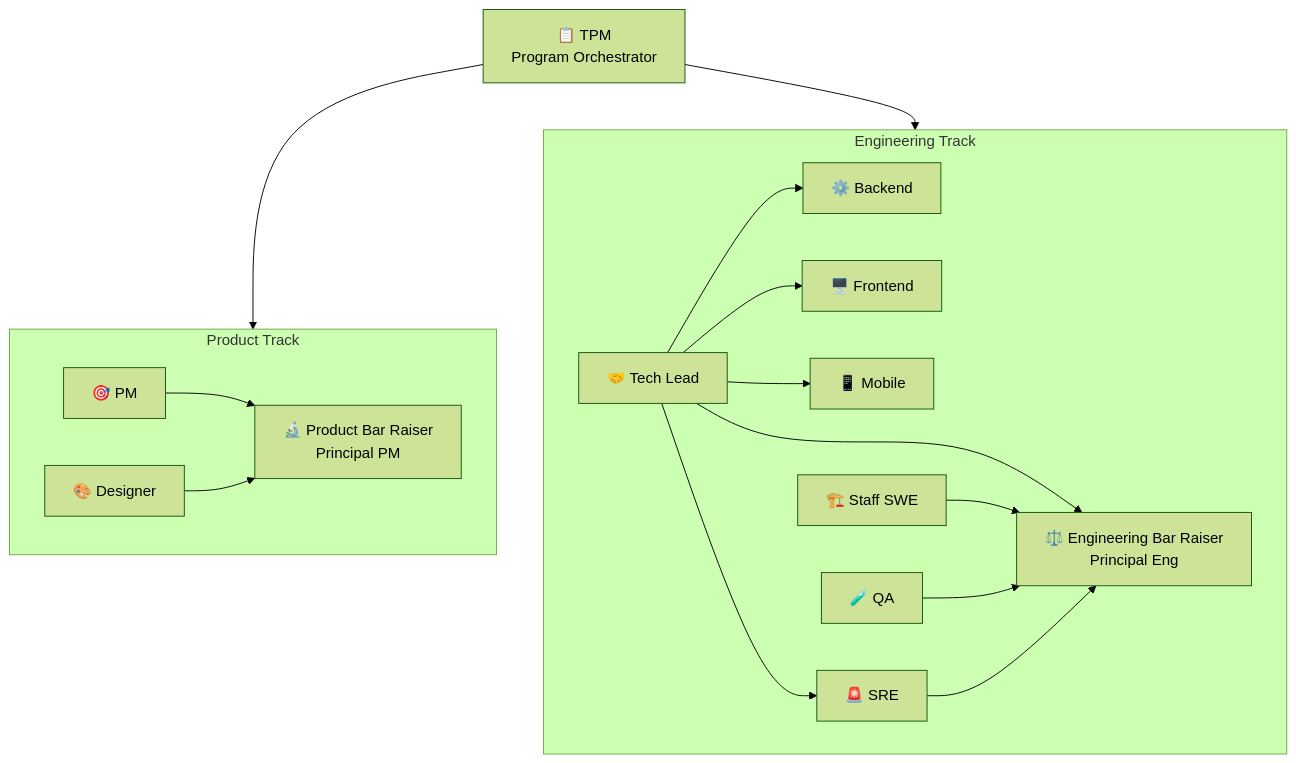
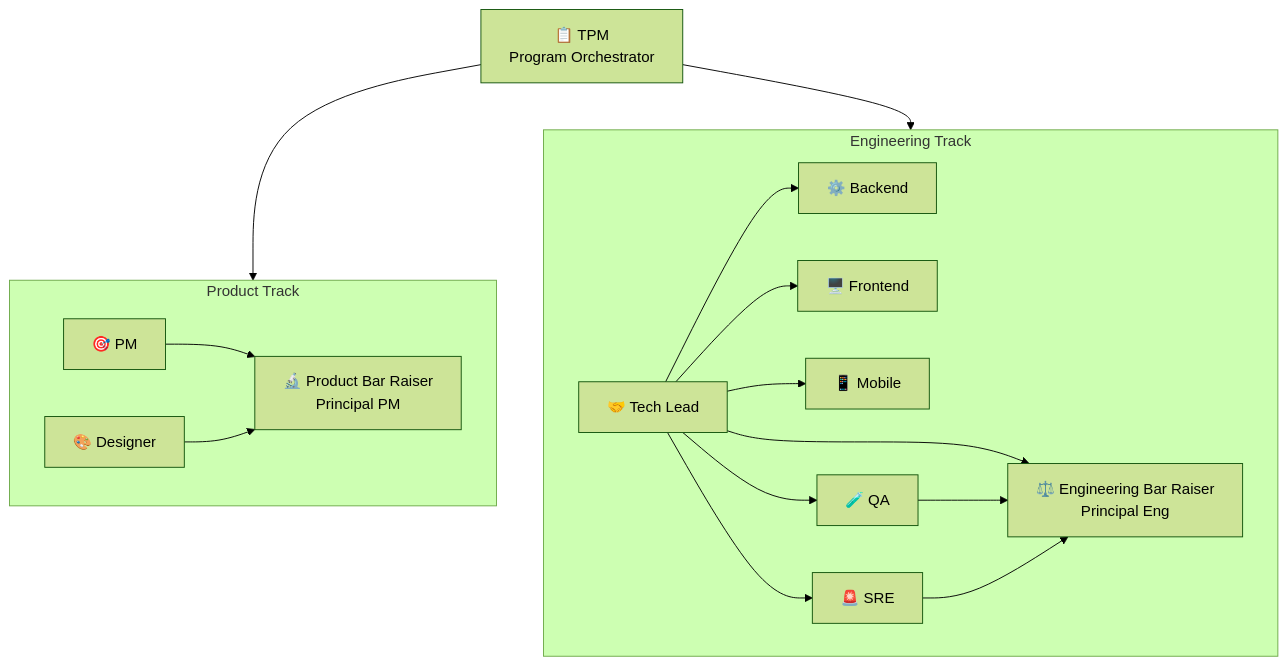
Before and after one commit to im-adarsh/brocode: the fifth of 7 diagrams in README.md, drawn with Mermaid (forest theme). The commit also changed other lines of this file and 2 other files, not shown here.

First line of the commit message:
refactor: remove Staff SWE, QA now reports to Tech Lead directly

````diff
--- a/README.md
+++ b/README.md
@@ -246,30 +237,28 @@
 ```mermaid
 flowchart TD
     TPM["📋 TPM\nProgram Orchestrator"]
 
     subgraph PROD["Product Track"]
         PM["🎯 PM"]
         DS["🎨 Designer"]
         PBR["🔬 Product Bar Raiser\nPrincipal PM"]
     end
 
     subgraph ENG["Engineering Track"]
         TL["🤝 Tech Lead"]
         BE["⚙️ Backend"]
         FE["🖥️ Frontend"]
         MOB["📱 Mobile"]
         SRE["🚨 SRE"]
-        STAFF["🏗️ Staff SWE"]
         QA["🧪 QA"]
         EBR["⚖️ Engineering Bar Raiser\nPrincipal Eng"]
     end
 
     TPM --> PROD & ENG
     PM --> PBR
     DS --> PBR
-    TL --> BE & FE & MOB & SRE
+    TL --> BE & FE & MOB & SRE & QA
     TL --> EBR
-    STAFF --> EBR
     QA --> EBR
     SRE --> EBR
 ```
````
